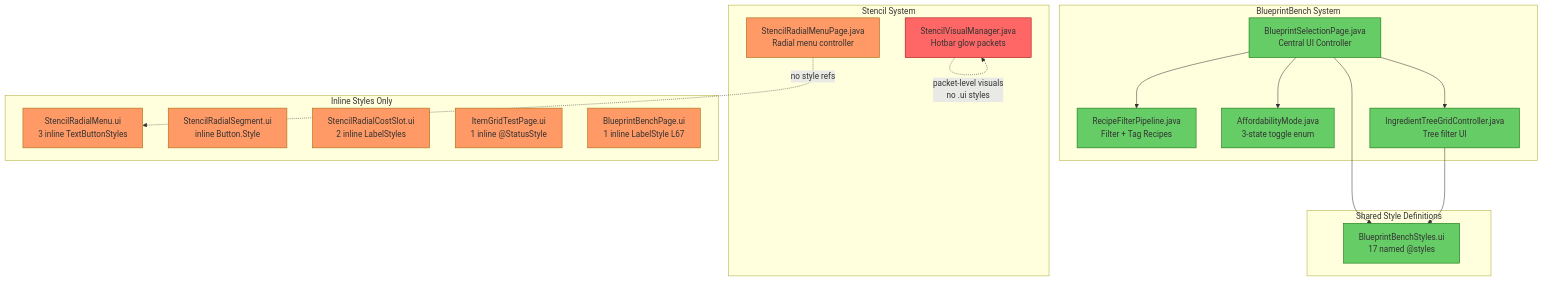
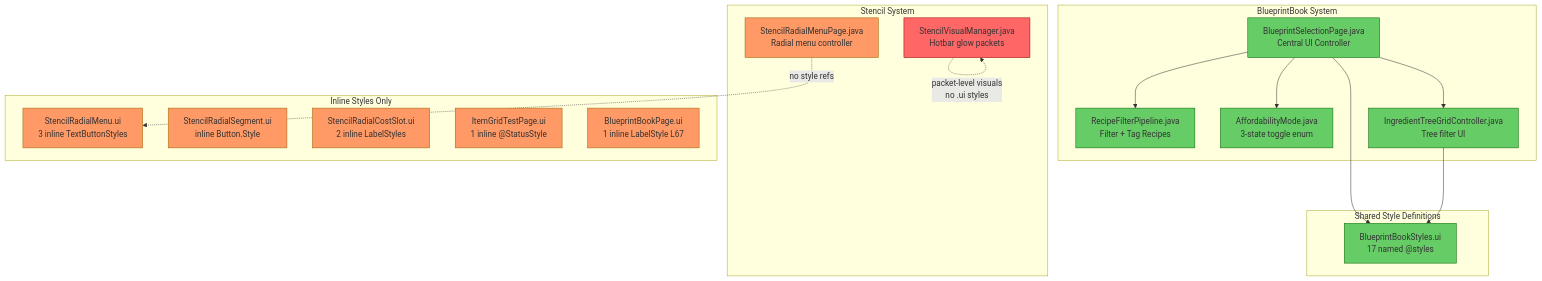
Before and after one commit to TheCodeCreature/Hytale-Example-Plugin: the first of 2 diagrams in docs/review-ui-styling-system.md, drawn with Mermaid. The commit also changed other lines of this file and 120 other files, not shown here.

First line of the commit message:
Refactor Blueprint Bench to Blueprint Book

````diff
--- a/docs/review-ui-styling-system.md
+++ b/docs/review-ui-styling-system.md
@@ -13,47 +13,47 @@
 ```mermaid
 graph TB
-    subgraph "BlueprintBench System"
+    subgraph "BlueprintBook System"
         BSP["BlueprintSelectionPage.java<br/>Central UI Controller"]
         RFP["RecipeFilterPipeline.java<br/>Filter + Tag Recipes"]
         AM["AffordabilityMode.java<br/>3-state toggle enum"]
         ITGC["IngredientTreeGridController.java<br/>Tree filter UI"]
     end
 
     subgraph "Stencil System"
         SRMP["StencilRadialMenuPage.java<br/>Radial menu controller"]
         SVM["StencilVisualManager.java<br/>Hotbar glow packets"]
     end
 
     subgraph "Shared Style Definitions"
-        BBS["BlueprintBenchStyles.ui<br/>17 named @styles"]
+        BBS["BlueprintBookStyles.ui<br/>17 named @styles"]
     end
 
     subgraph "Inline Styles Only"
         SRM["StencilRadialMenu.ui<br/>3 inline TextButtonStyles"]
         SRS["StencilRadialSegment.ui<br/>inline Button.Style"]
         SRCS["StencilRadialCostSlot.ui<br/>2 inline LabelStyles"]
         IGT["ItemGridTestPage.ui<br/>1 inline @StatusStyle"]
-        BBP_IL["BlueprintBenchPage.ui<br/>1 inline LabelStyle L67"]
+        BBP_IL["BlueprintBookPage.ui<br/>1 inline LabelStyle L67"]
     end
 
     BSP --> BBS
     BSP --> RFP
     BSP --> AM
     BSP --> ITGC
     ITGC --> BBS
     SRMP -.->|"no style refs"| SRM
     SVM -.->|"packet-level visuals<br/>no .ui styles"| SVM
 
     style BSP fill:#6c6,stroke:#060
     style BBS fill:#6c6,stroke:#060
     style RFP fill:#6c6,stroke:#060
     style AM fill:#6c6,stroke:#060
     style ITGC fill:#6c6,stroke:#060
     style SRM fill:#f96,stroke:#960
     style SRS fill:#f96,stroke:#960
     style SRCS fill:#f96,stroke:#960
     style SRMP fill:#f96,stroke:#960
     style SVM fill:#f66,stroke:#900
     style IGT fill:#f96,stroke:#960
     style BBP_IL fill:#f96,stroke:#960
 ```
````
